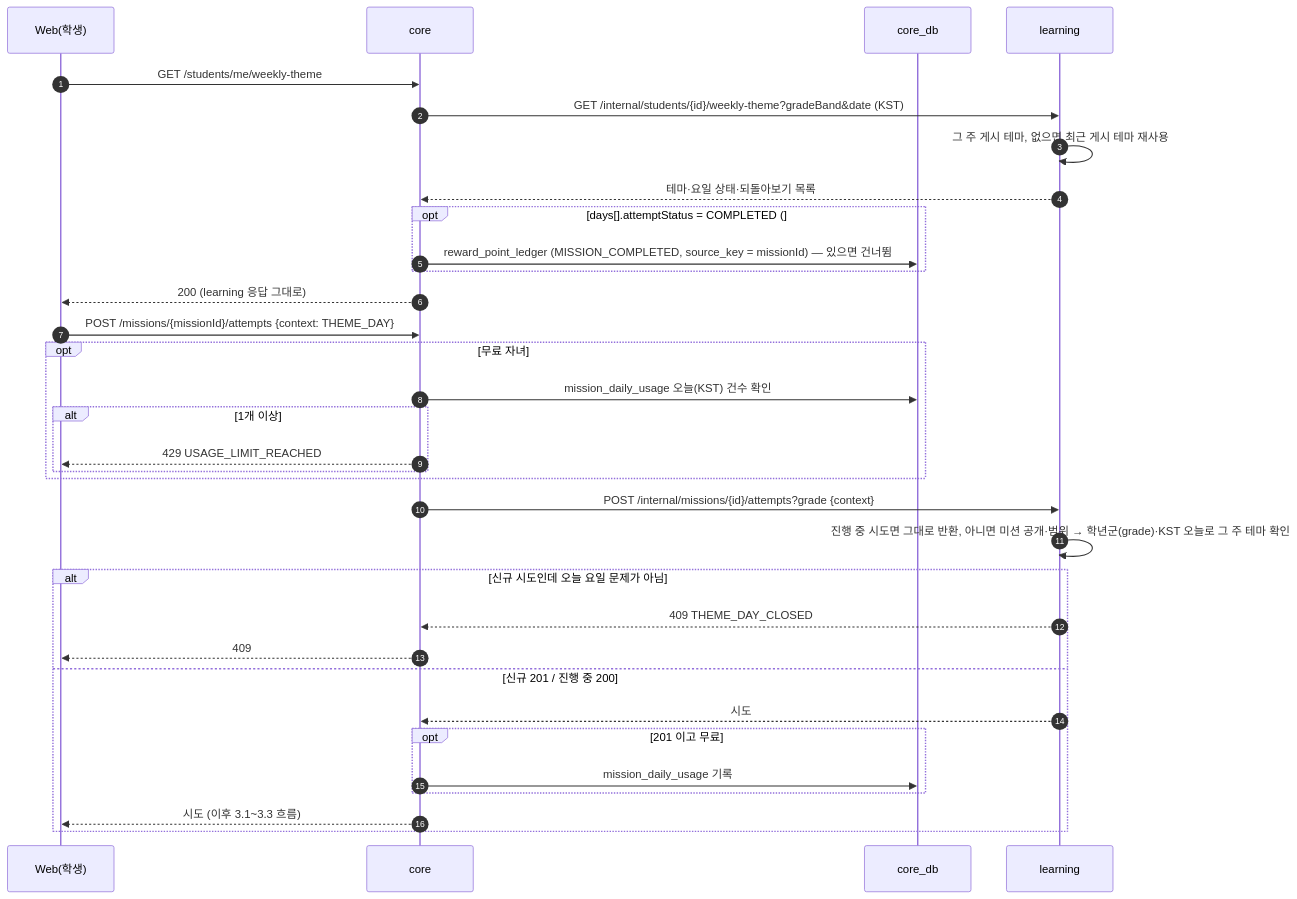
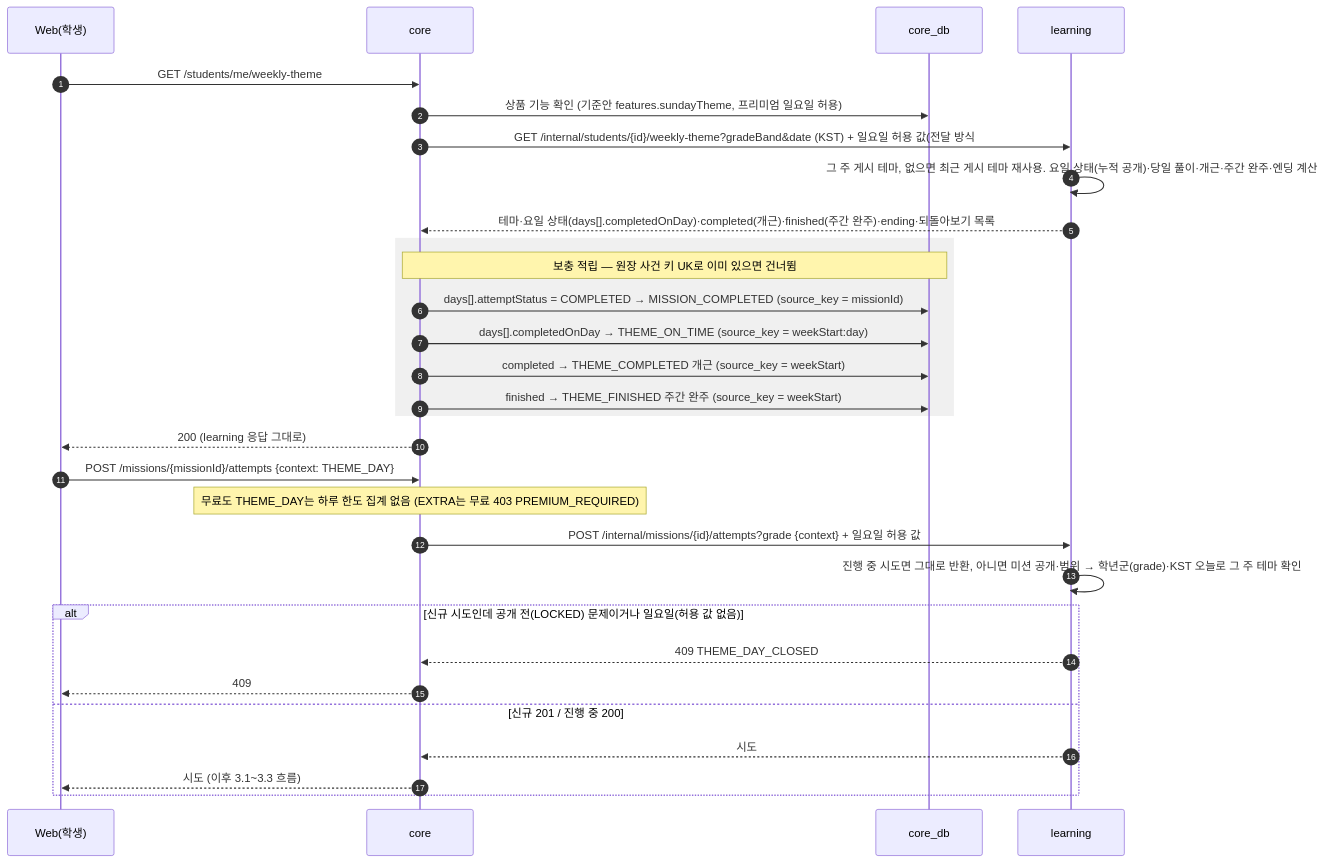
Diagram 17 of 36 in docs/design/sequence-diagram.md (SKNETWORKS-FAMILY-AICAMP/SKN34-FINAL-3TEAM), drawn with Mermaid before and after one commit. The commit also changed other lines of this file and 6 other files, not shown here.

````diff
--- a/docs/design/sequence-diagram.md
+++ b/docs/design/sequence-diagram.md
@@ -679,36 +682,33 @@
 ```mermaid
 sequenceDiagram
   autonumber
   participant W as Web(학생)
   participant C as core
   participant CDB as core_db
   participant L as learning
 
   W->>C: GET /students/me/weekly-theme
-  C->>L: GET /internal/students/{id}/weekly-theme?gradeBand&date (KST)
-  L->>L: 그 주 게시 테마, 없으면 최근 게시 테마 재사용
-  L-->>C: 테마·요일 상태·되돌아보기 목록
-  opt days[].attemptStatus = COMPLETED (#389 보충)
-    C->>CDB: reward_point_ledger (MISSION_COMPLETED, source_key = missionId) — 있으면 건너뜀
+  C->>CDB: 상품 기능 확인 (기준안 features.sundayTheme, 프리미엄 일요일 허용)
+  C->>L: GET /internal/students/{id}/weekly-theme?gradeBand&date (KST) + 일요일 허용 값(전달 방식 #484·#485 합의)
+  L->>L: 그 주 게시 테마, 없으면 최근 게시 테마 재사용. 요일 상태(누적 공개)·당일 풀이·개근·주간 완주·엔딩 계산
+  L-->>C: 테마·요일 상태(days[].completedOnDay)·completed(개근)·finished(주간 완주)·ending·되돌아보기 목록
+  rect rgba(128,128,128,0.12)
+    Note over C,CDB: 보충 적립 — 원장 사건 키 UK로 이미 있으면 건너뜀
+    C->>CDB: days[].attemptStatus = COMPLETED → MISSION_COMPLETED (source_key = missionId)
+    C->>CDB: days[].completedOnDay → THEME_ON_TIME (source_key = weekStart:day)
+    C->>CDB: completed → THEME_COMPLETED 개근 (source_key = weekStart)
+    C->>CDB: finished → THEME_FINISHED 주간 완주 (source_key = weekStart)
   end
   C-->>W: 200 (learning 응답 그대로)
   W->>C: POST /missions/{missionId}/attempts {context: THEME_DAY}
-  opt 무료 자녀
-    C->>CDB: mission_daily_usage 오늘(KST) 건수 확인
-    alt 1개 이상
-      C-->>W: 429 USAGE_LIMIT_REACHED
-    end
-  end
-  C->>L: POST /internal/missions/{id}/attempts?grade {context}
+  Note over C: 무료도 THEME_DAY는 하루 한도 집계 없음 (EXTRA는 무료 403 PREMIUM_REQUIRED)
+  C->>L: POST /internal/missions/{id}/attempts?grade {context} + 일요일 허용 값
   L->>L: 진행 중 시도면 그대로 반환, 아니면 미션 공개·범위 → 학년군(grade)·KST 오늘로 그 주 테마 확인
-  alt 신규 시도인데 오늘 요일 문제가 아님
+  alt 신규 시도인데 공개 전(LOCKED) 문제이거나 일요일(허용 값 없음)
     L-->>C: 409 THEME_DAY_CLOSED
     C-->>W: 409
   else 신규 201 / 진행 중 200
     L-->>C: 시도
-    opt 201 이고 무료
-      C->>CDB: mission_daily_usage 기록
-    end
     C-->>W: 시도 (이후 3.1~3.3 흐름)
   end
 ```
````
